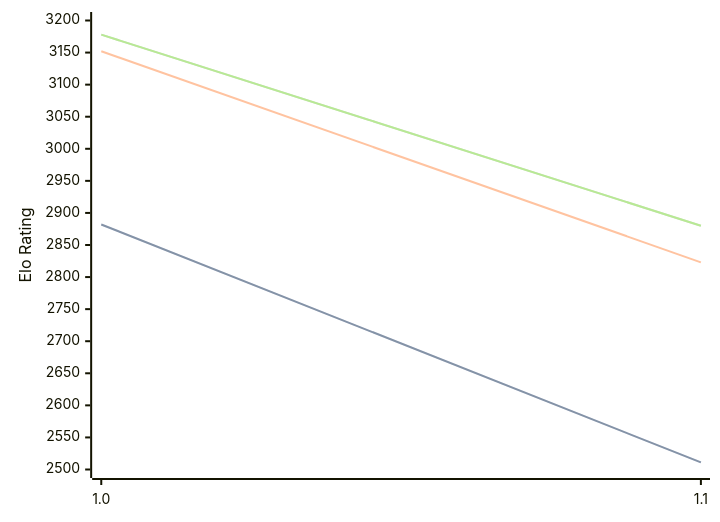
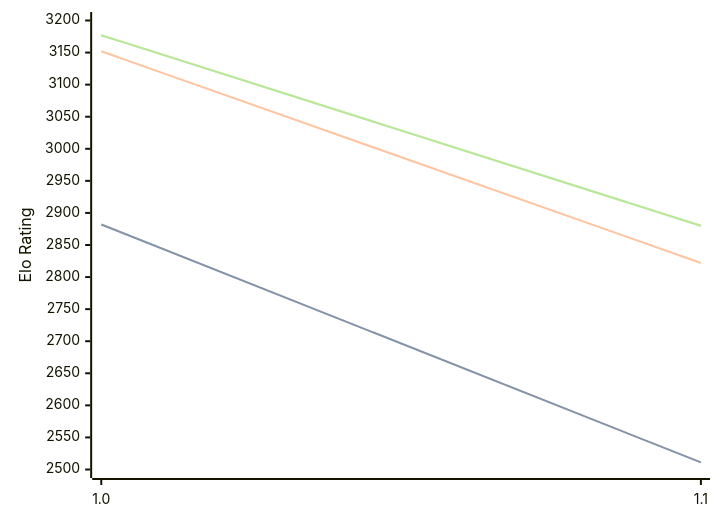
Before and after one commit to computer-chess-index/cci: the diagram in engines/Publius.md, drawn with Mermaid. The commit also changed other lines of this file, not shown here.

Commit message:
Update CCI Ratings (ELO VLTC) - 2026-03-06

````diff
--- a/engines/Publius.md
+++ b/engines/Publius.md
@@ -30,11 +30,11 @@
 ```mermaid
 %%{init: {"theme":"base","themeVariables":{"seriesColors:['#a3a3a3','#222221','#faa371']}}}%%
 xychart-beta
   x-axis ["1.0", "1.1"]
   y-axis "Elo Rating" 2500 --> 3200
   line "STC (8.0+0.08s)" [2882, 2511]
   line "STC (8.0+0.08s)" [2882, 2511]
-  line "LTC (60.0+0.60s)" [3152, 2823]
-  line "VLTC (2m24s+1.12s)" [3178, 2880]
-  line "VLTC (2m24s+1.12s)" [3178, 2880]
+  line "LTC (60.0+0.60s)" [3152, 2822]
+  line "VLTC (2m24s+1.12s)" [3177, 2880]
+  line "VLTC (2m24s+1.12s)" [3177, 2880]
 ```
````
